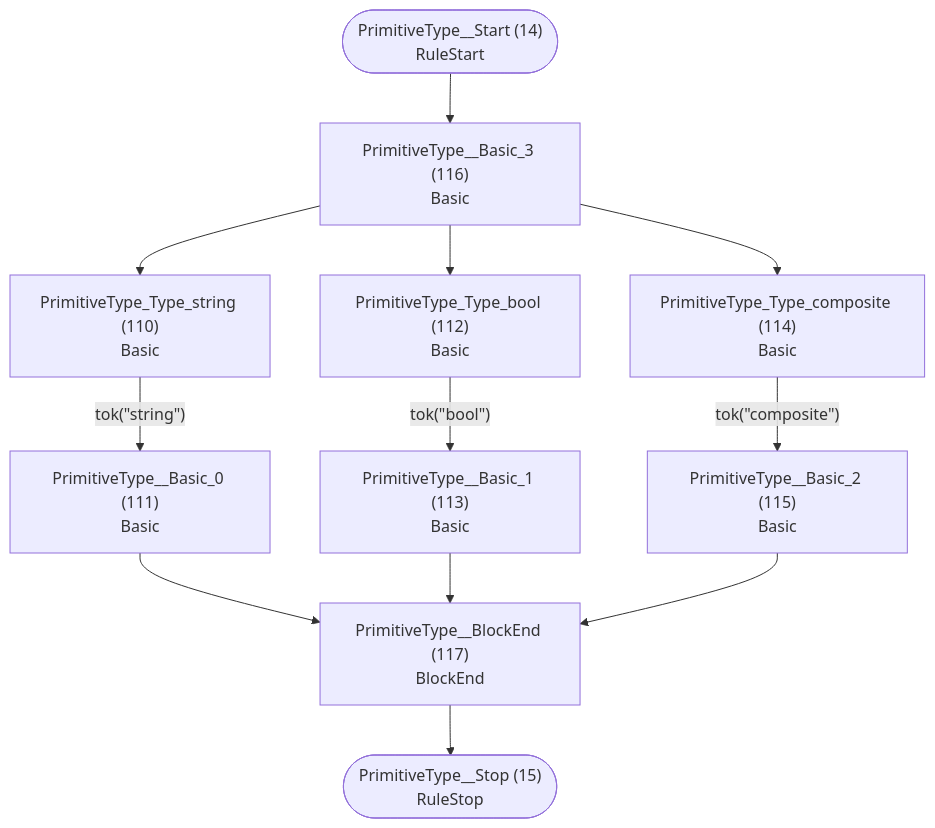
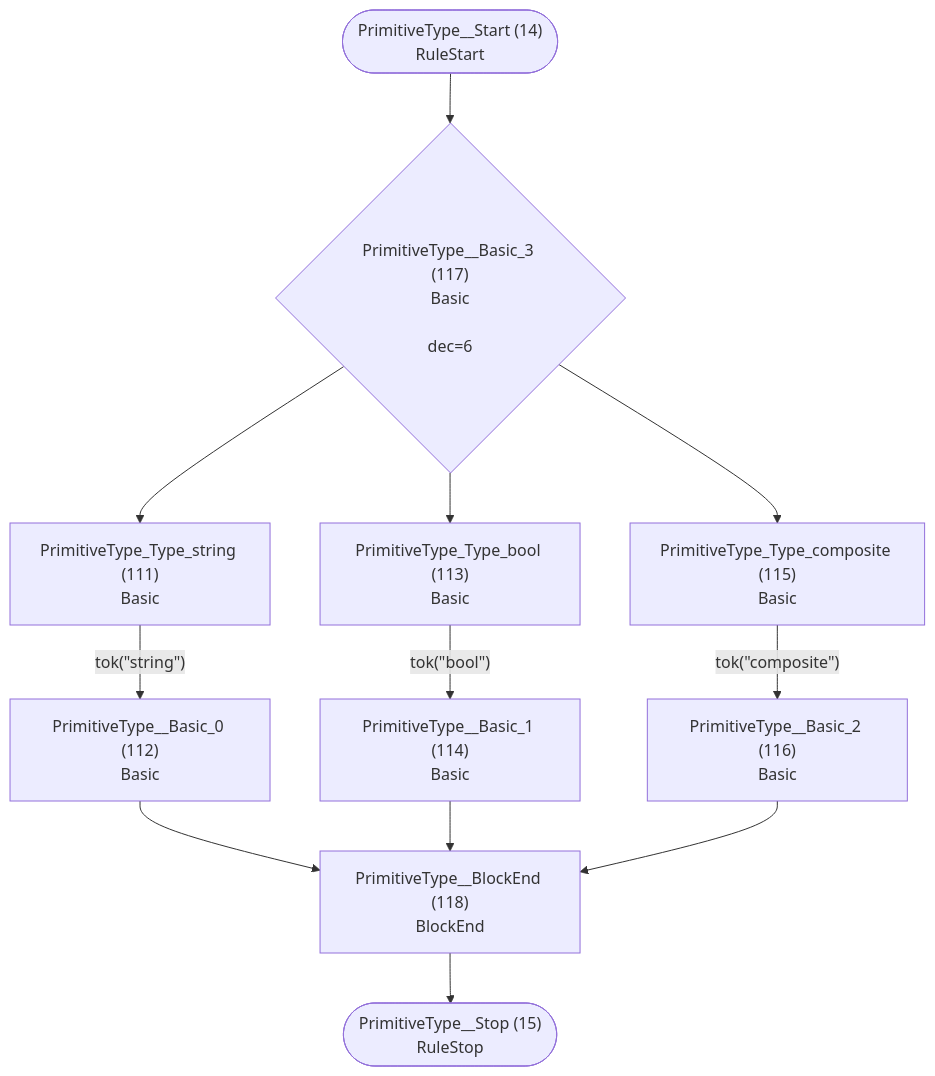
The eighth of 26 diagrams in internal/grammar/atn.md (TypeFox/fastbelt), drawn with Mermaid before and after one commit. The commit also changed other lines of this file and 53 other files, not shown here.

````diff
--- a/internal/grammar/atn.md
+++ b/internal/grammar/atn.md
@@ -202,25 +204,25 @@
 ```mermaid
 flowchart TD
     q14(["PrimitiveType__Start (14)<br/>RuleStart"])
     q15(["PrimitiveType__Stop (15)<br/>RuleStop"])
-    q110["PrimitiveType_Type_string (110)<br/>Basic<br/>"]
-    q111["PrimitiveType__Basic_0 (111)<br/>Basic<br/>"]
-    q112["PrimitiveType_Type_bool (112)<br/>Basic<br/>"]
-    q113["PrimitiveType__Basic_1 (113)<br/>Basic<br/>"]
-    q114["PrimitiveType_Type_composite (114)<br/>Basic<br/>"]
-    q115["PrimitiveType__Basic_2 (115)<br/>Basic<br/>"]
-    q116["PrimitiveType__Basic_3 (116)<br/>Basic<br/>"]
-    q117["PrimitiveType__BlockEnd (117)<br/>BlockEnd<br/>"]
+    q111["PrimitiveType_Type_string (111)<br/>Basic<br/>"]
+    q112["PrimitiveType__Basic_0 (112)<br/>Basic<br/>"]
+    q113["PrimitiveType_Type_bool (113)<br/>Basic<br/>"]
+    q114["PrimitiveType__Basic_1 (114)<br/>Basic<br/>"]
+    q115["PrimitiveType_Type_composite (115)<br/>Basic<br/>"]
+    q116["PrimitiveType__Basic_2 (116)<br/>Basic<br/>"]
+    q117{"PrimitiveType__Basic_3 (117)<br/>Basic<br/><br/>dec=6"}
+    q118["PrimitiveType__BlockEnd (118)<br/>BlockEnd<br/>"]
 
-    q14 --> q116
-    q110 -->|"tok(&quot;string&quot;)"| q111
-    q111 --> q117
-    q112 -->|"tok(&quot;bool&quot;)"| q113
-    q113 --> q117
-    q114 -->|"tok(&quot;composite&quot;)"| q115
-    q115 --> q117
-    q116 --> q110
-    q116 --> q112
-    q116 --> q114
-    q117 --> q15
+    q14 --> q117
+    q111 -->|"tok(&quot;string&quot;)"| q112
+    q112 --> q118
+    q113 -->|"tok(&quot;bool&quot;)"| q114
+    q114 --> q118
+    q115 -->|"tok(&quot;composite&quot;)"| q116
+    q116 --> q118
+    q117 --> q111
+    q117 --> q113
+    q117 --> q115
+    q118 --> q15
 ```
````
